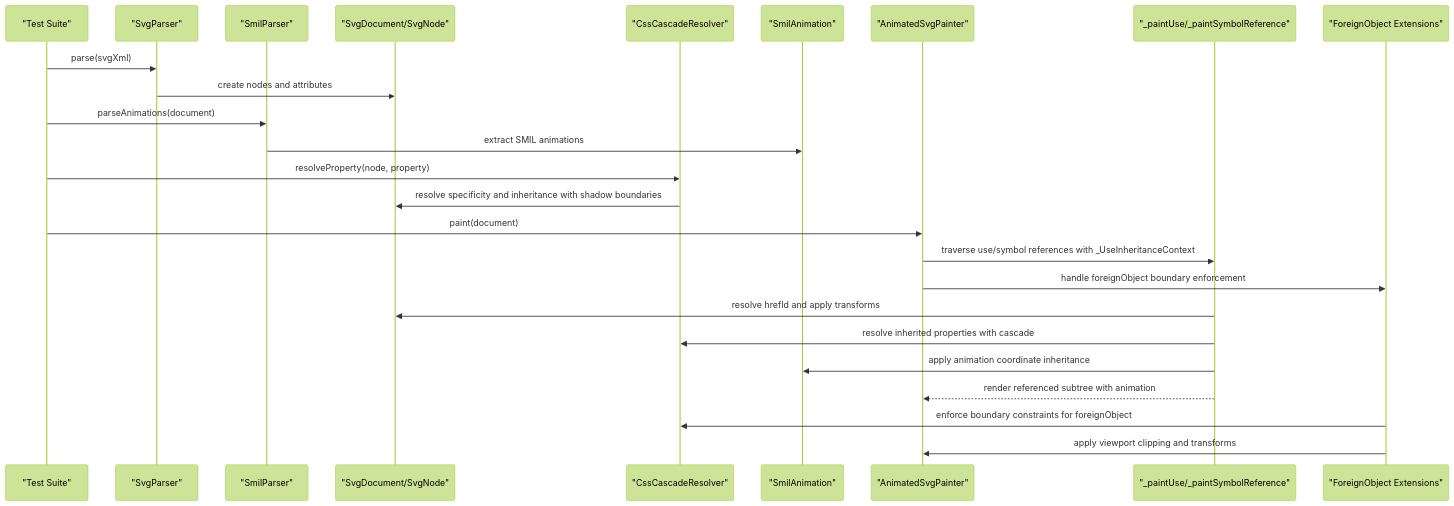
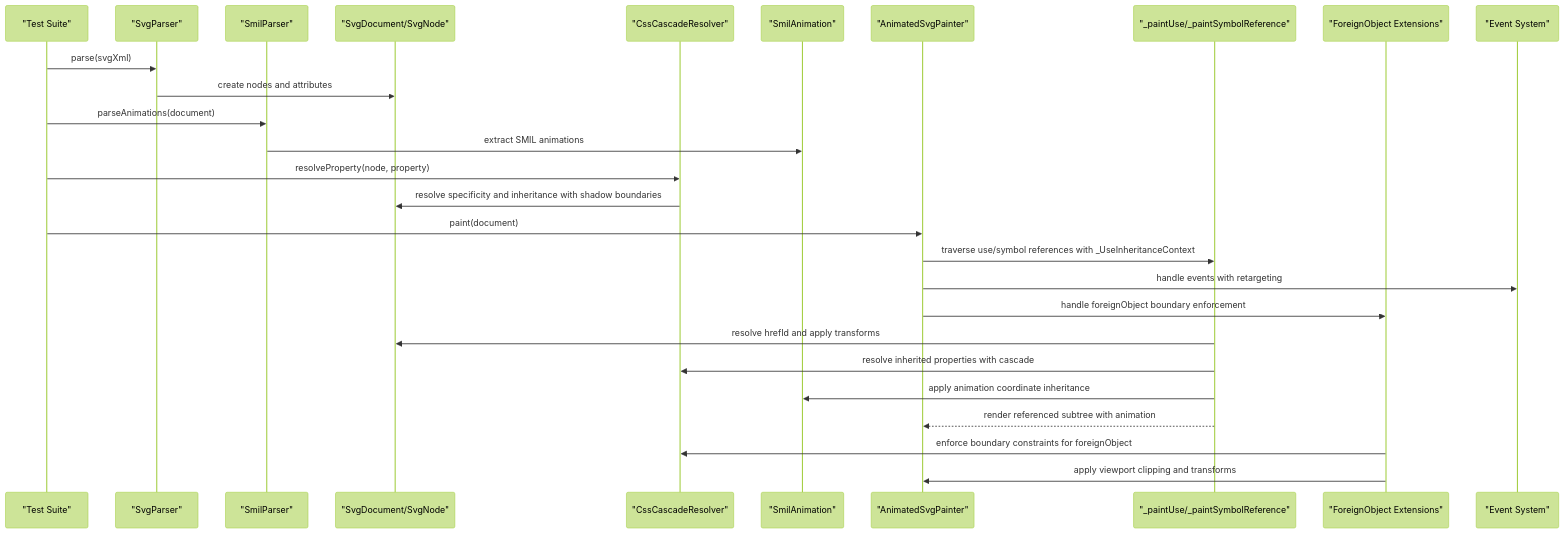
The second of 10 diagrams in .qoder/repowiki/en/content/Advanced Features/Use Element Symbol Inheritance.md (denisnadey/flutter_full_svg_support), drawn with Mermaid (forest theme) before and after one commit. The commit also changed other lines of this file and 19 other files, not shown here.

First line of the commit message:
feat(svg): enhance use element inheritance with transform parsing and event retargeting

````diff
--- a/.qoder/repowiki/en/content/Advanced Features/Use Element Symbol Inheritance.md
+++ b/.qoder/repowiki/en/content/Advanced Features/Use Element Symbol Inheritance.md
@@ -181,27 +206,29 @@
 ```mermaid
 sequenceDiagram
 participant Test as "Test Suite"
 participant Parser as "SvgParser"
 participant SMIL as "SmilParser"
 participant DOM as "SvgDocument/SvgNode"
 participant CSS as "CssCascadeResolver"
 participant SMILAnim as "SmilAnimation"
 participant Painter as "AnimatedSvgPainter"
 participant UseExt as "_paintUse/_paintSymbolReference"
 participant FOExt as "ForeignObject Extensions"
+participant EventSys as "Event System"
 Test->>Parser : parse(svgXml)
 Parser->>DOM : create nodes and attributes
 Test->>SMIL : parseAnimations(document)
 SMIL->>SMILAnim : extract SMIL animations
 Test->>CSS : resolveProperty(node, property)
 CSS->>DOM : resolve specificity and inheritance with shadow boundaries
 Test->>Painter : paint(document)
 Painter->>UseExt : traverse use/symbol references with _UseInheritanceContext
+Painter->>EventSys : handle events with retargeting
 Painter->>FOExt : handle foreignObject boundary enforcement
 UseExt->>DOM : resolve hrefId and apply transforms
 UseExt->>CSS : resolve inherited properties with cascade
 UseExt->>SMILAnim : apply animation coordinate inheritance
 UseExt-->>Painter : render referenced subtree with animation
 FOExt->>CSS : enforce boundary constraints for foreignObject
 FOExt->>Painter : apply viewport clipping and transforms
 ```
````
